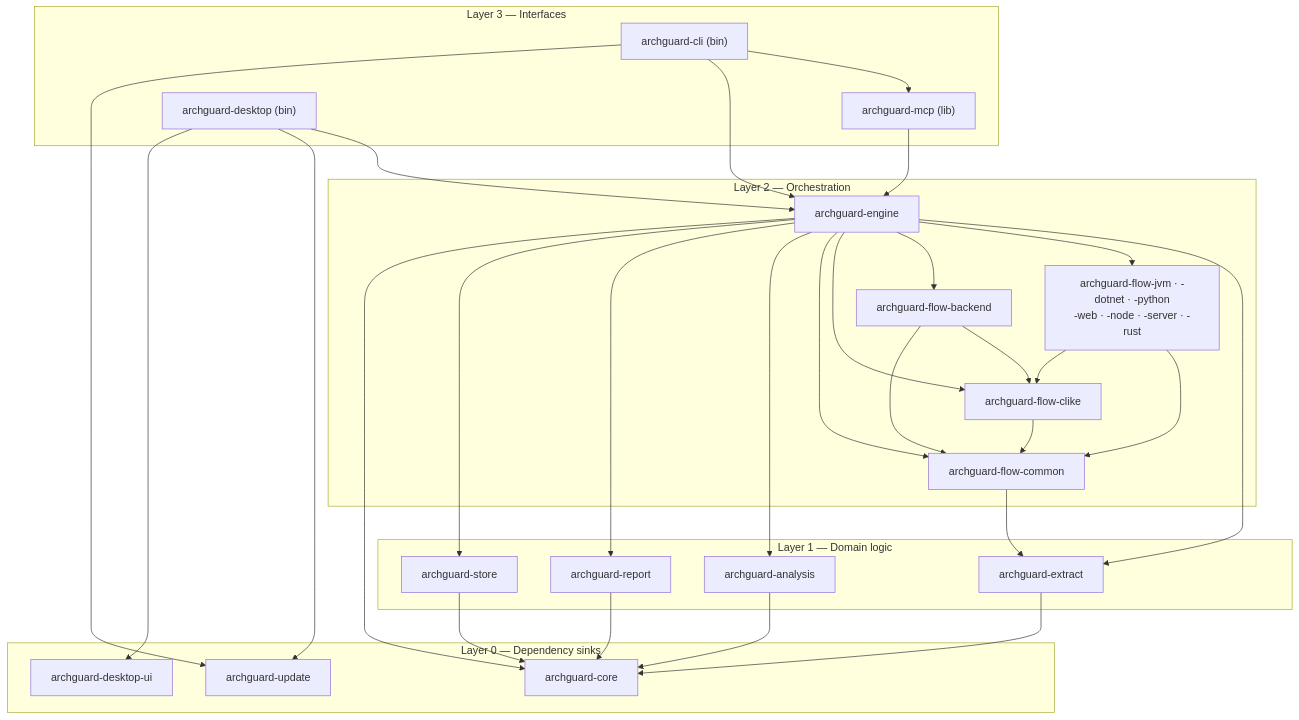
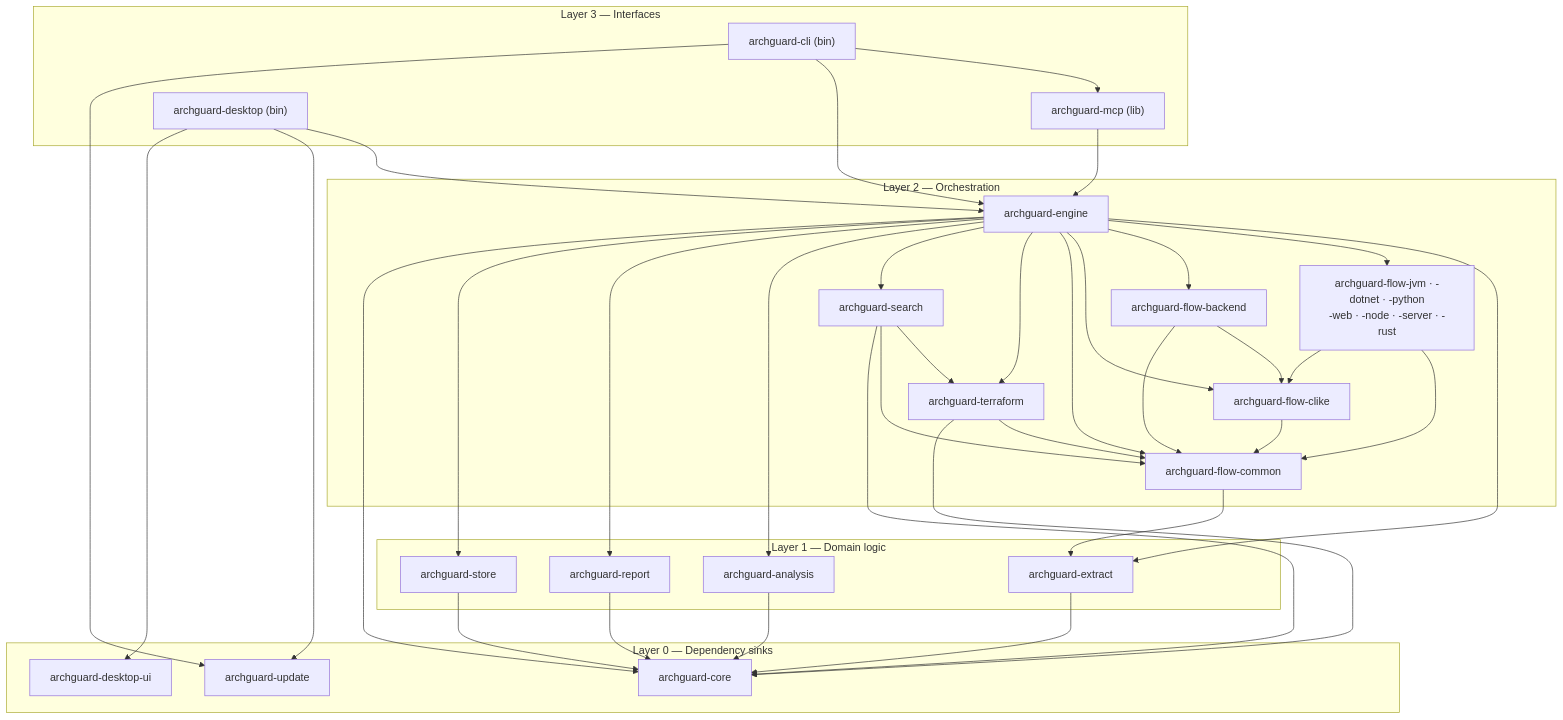
Before and after one commit to svenhartmann/ArchGuard: the second of 2 diagrams in ARCHITECTURE.md, drawn with Mermaid. The commit also changed other lines of this file and 3 other files, not shown here.

Commit message:
fix(ci): architecture allowlist and ARCHITECTURE.md 3.2 know terraform and search; SearchContext and SourceOutput are crate-private (ticket 00)

````diff
--- a/ARCHITECTURE.md
+++ b/ARCHITECTURE.md
@@ -71,53 +71,62 @@
 ```mermaid
 graph TD
     subgraph L3["Layer 3 — Interfaces"]
         CLI["archguard-cli (bin)"]
         MCP["archguard-mcp (lib)"]
         DESK["archguard-desktop (bin)"]
     end
     subgraph L2["Layer 2 — Orchestration"]
         ENG["archguard-engine"]
         FLOWS["archguard-flow-jvm · -dotnet · -python<br/>-web · -node · -server · -rust"]
         BCK["archguard-flow-backend"]
         CLK["archguard-flow-clike"]
         COM["archguard-flow-common"]
+        TF["archguard-terraform"]
+        SRCH["archguard-search"]
     end
     subgraph L1["Layer 1 — Domain logic"]
         EXT["archguard-extract"]
         ANA["archguard-analysis"]
         REP["archguard-report"]
         STO["archguard-store"]
     end
     subgraph L0["Layer 0 — Dependency sinks"]
         CORE["archguard-core"]
         UPD["archguard-update"]
         DUI["archguard-desktop-ui"]
     end
 
     CLI --> MCP
     CLI --> ENG
     CLI --> UPD
     MCP --> ENG
     DESK --> ENG
     DESK --> UPD
     DESK --> DUI
     ENG --> EXT
     ENG --> FLOWS
     ENG --> BCK
     ENG --> CLK
     ENG --> COM
+    ENG --> TF
+    ENG --> SRCH
+    SRCH --> TF
+    SRCH --> COM
+    SRCH --> CORE
+    TF --> COM
+    TF --> CORE
     FLOWS --> COM
     FLOWS --> CLK
     BCK --> CLK
     BCK --> COM
     CLK --> COM
     COM --> EXT
     ENG --> ANA
     ENG --> REP
     ENG --> STO
     ENG --> CORE
     EXT --> CORE
     ANA --> CORE
     REP --> CORE
     STO --> CORE
 ```
````
